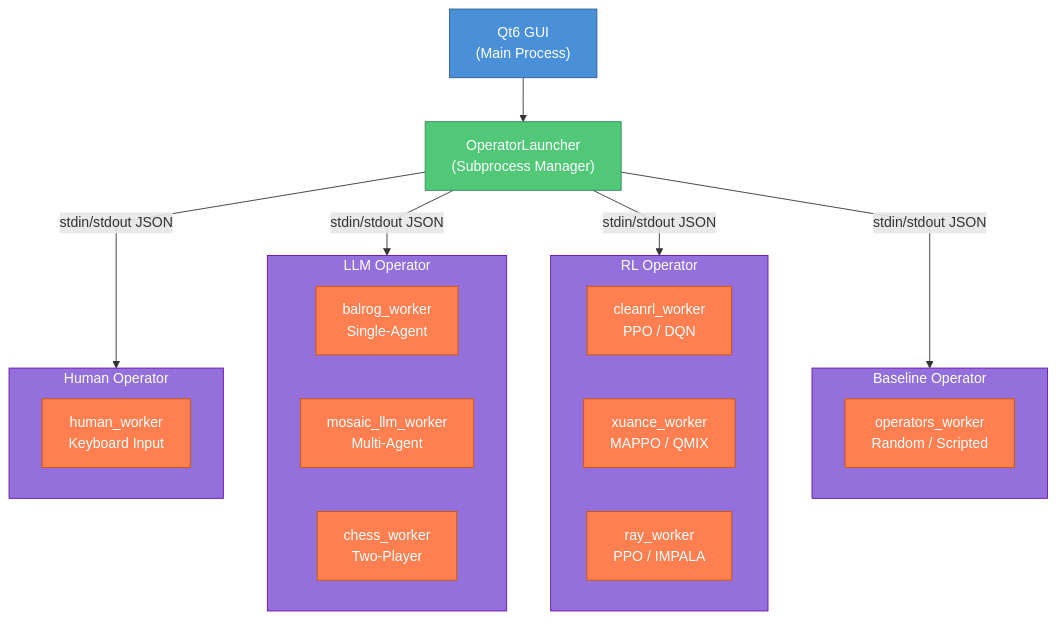
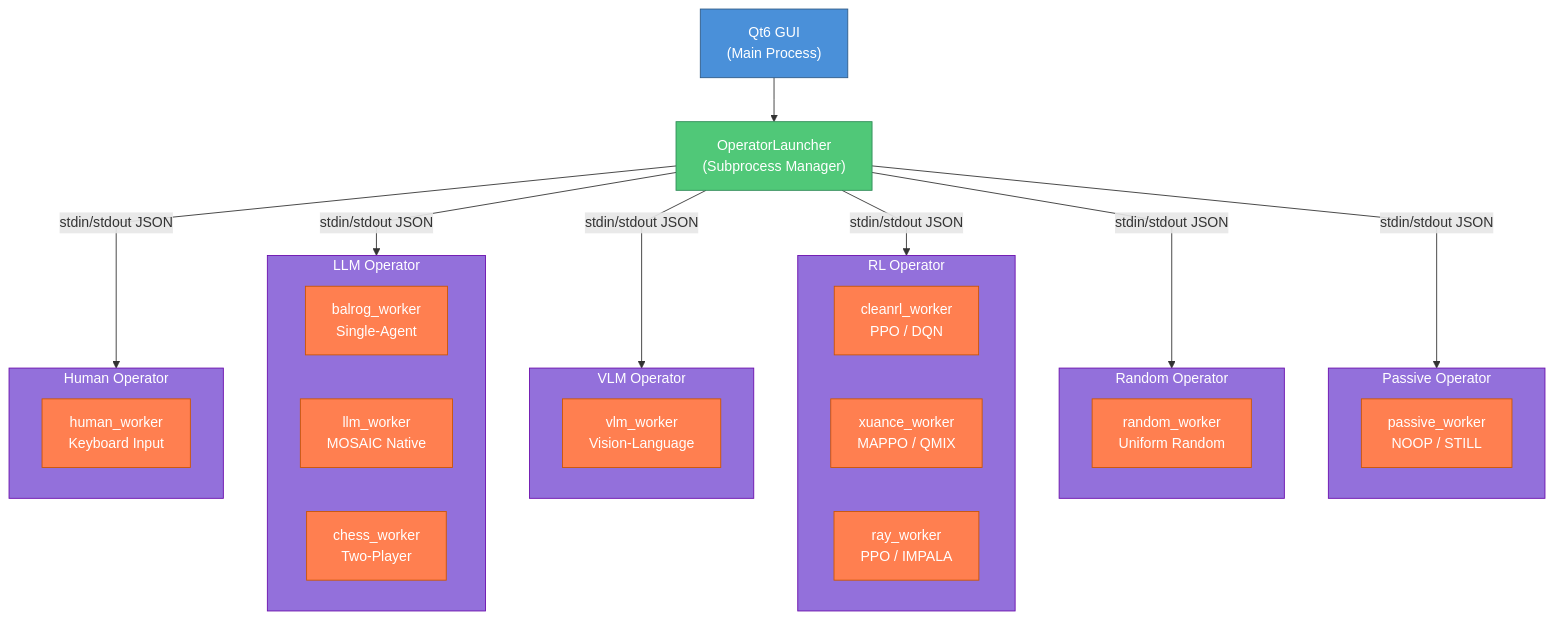
One commit to Abdulhamid97Mousa/mosaic changed the diagram in docs/source/documents/architecture/operators/index.rst. Above: the diagram before and after it, drawn with Mermaid. The commit also changed other lines of this file and 353 other files, not shown here.

```diff
--- a/docs/source/documents/architecture/operators/index.rst
+++ b/docs/source/documents/architecture/operators/index.rst
@@ -14,48 +14,62 @@
 .. mermaid::
 
    %%{init: {"flowchart": {"curve": "linear"}} }%%
    graph TB
        GUI["Qt6 GUI<br/>(Main Process)"]
        LAUNCHER["OperatorLauncher<br/>(Subprocess Manager)"]
 
        GUI --> LAUNCHER
 
        LAUNCHER -- "stdin/stdout JSON" --> H_OP
        LAUNCHER -- "stdin/stdout JSON" --> L_OP
+       LAUNCHER -- "stdin/stdout JSON" --> V_OP
        LAUNCHER -- "stdin/stdout JSON" --> R_OP
-       LAUNCHER -- "stdin/stdout JSON" --> B_OP
+       LAUNCHER -- "stdin/stdout JSON" --> RND_OP
+       LAUNCHER -- "stdin/stdout JSON" --> P_OP
 
        subgraph H_OP["Human Operator"]
            HW["human_worker<br/>Keyboard Input"]
        end
 
        subgraph L_OP["LLM Operator"]
            LW1["balrog_worker<br/>Single-Agent"]
-           LW2["mosaic_llm_worker<br/>Multi-Agent"]
+           LW2["llm_worker<br/>MOSAIC Native"]
            LW3["chess_worker<br/>Two-Player"]
+       end
+
+       subgraph V_OP["VLM Operator"]
+           VW["vlm_worker<br/>Vision-Language"]
        end
 
        subgraph R_OP["RL Operator"]
            RW1["cleanrl_worker<br/>PPO / DQN"]
            RW2["xuance_worker<br/>MAPPO / QMIX"]
            RW3["ray_worker<br/>PPO / IMPALA"]
        end
 
-       subgraph B_OP["Baseline Operator"]
-           BW["operators_worker<br/>Random / Scripted"]
+       subgraph RND_OP["Random Operator"]
+           RNDW["random_worker<br/>Uniform Random"]
+       end
+
+       subgraph P_OP["Passive Operator"]
+           PW["passive_worker<br/>NOOP / STILL"]
        end
 
        style GUI fill:#4a90d9,stroke:#2e5a87,color:#fff
        style LAUNCHER fill:#50c878,stroke:#2e8b57,color:#fff
        style H_OP fill:#9370db,stroke:#6a0dad,color:#fff
        style L_OP fill:#9370db,stroke:#6a0dad,color:#fff
+       style V_OP fill:#9370db,stroke:#6a0dad,color:#fff
        style R_OP fill:#9370db,stroke:#6a0dad,color:#fff
-       style B_OP fill:#9370db,stroke:#6a0dad,color:#fff
+       style RND_OP fill:#9370db,stroke:#6a0dad,color:#fff
+       style P_OP fill:#9370db,stroke:#6a0dad,color:#fff
        style HW fill:#ff7f50,stroke:#cc5500,color:#fff
        style LW1 fill:#ff7f50,stroke:#cc5500,color:#fff
        style LW2 fill:#ff7f50,stroke:#cc5500,color:#fff
        style LW3 fill:#ff7f50,stroke:#cc5500,color:#fff
+       style VW fill:#ff7f50,stroke:#cc5500,color:#fff
        style RW1 fill:#ff7f50,stroke:#cc5500,color:#fff
        style RW2 fill:#ff7f50,stroke:#cc5500,color:#fff
        style RW3 fill:#ff7f50,stroke:#cc5500,color:#fff
-       style BW fill:#ff7f50,stroke:#cc5500,color:#fff
+       style RNDW fill:#ff7f50,stroke:#cc5500,color:#fff
+       style PW fill:#ff7f50,stroke:#cc5500,color:#fff
```
